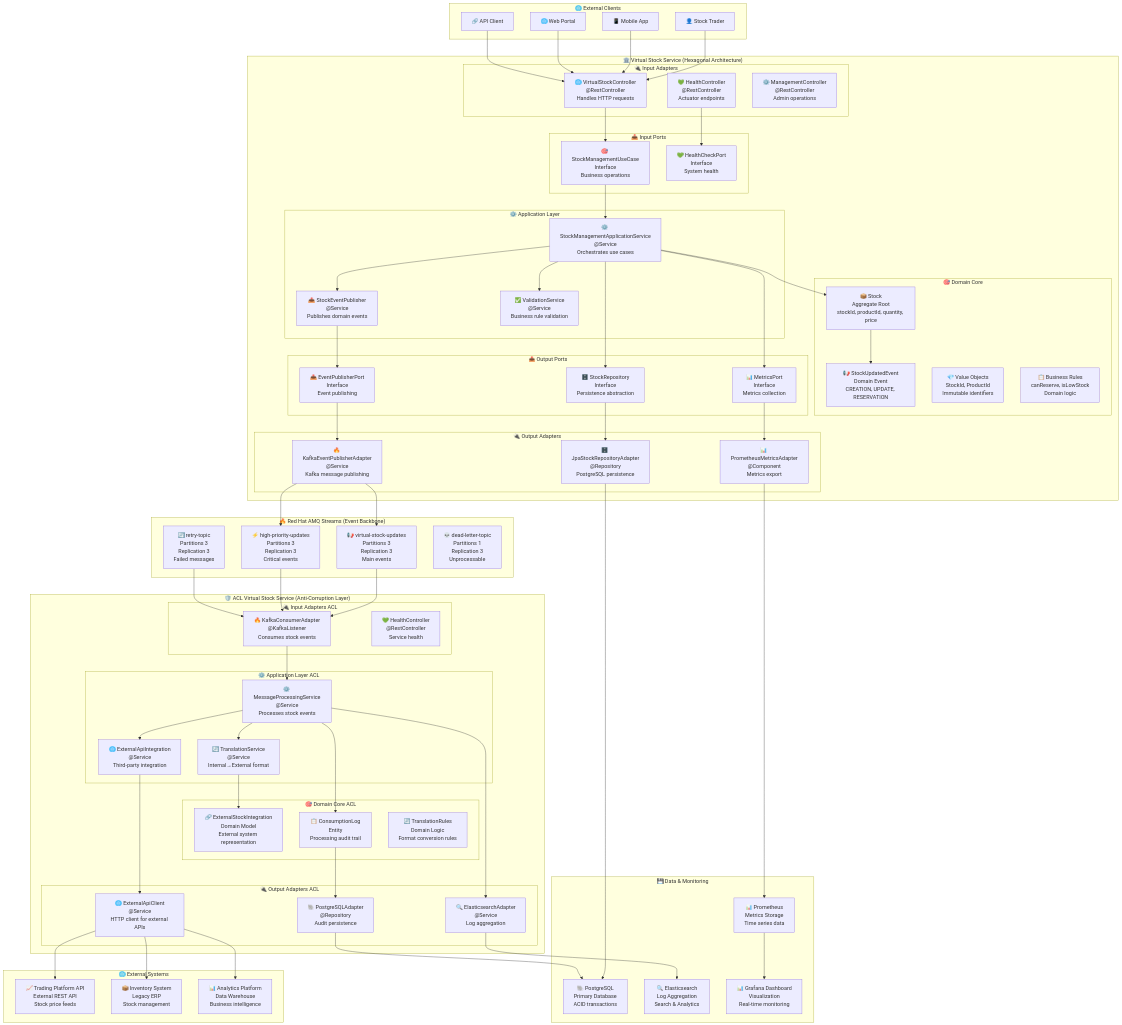
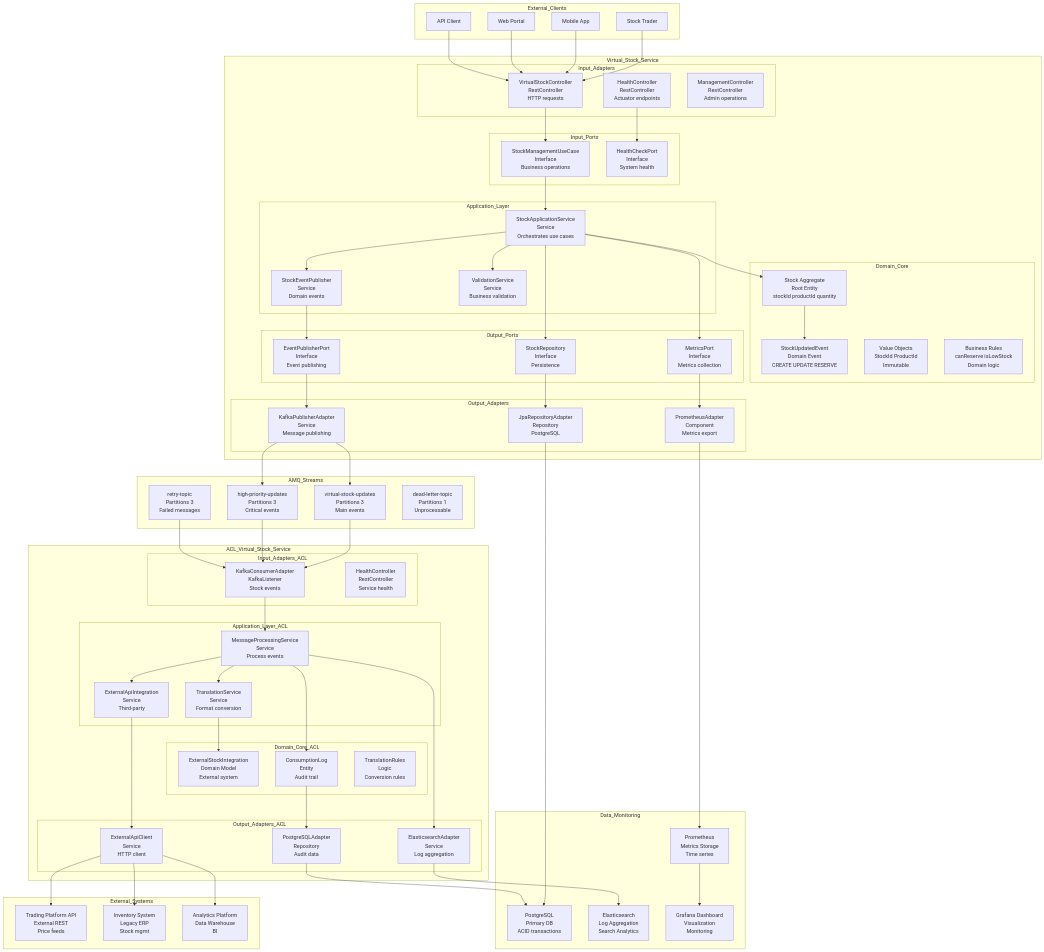
One commit to italo-costa/estudosKBNT_Kafka_Logs_V2_cleanCode changed the first of 8 diagrams in docs/DIAGRAMAS_ARQUITETURA_COMPLETOS.md. Above: the diagram before and after it, drawn with Mermaid. The commit also changed 4 other files, not shown here.

First line of the commit message:
Update Architecture Diagrams - GitHub Mermaid Compatibility

````diff
--- a/docs/DIAGRAMAS_ARQUITETURA_COMPLETOS.md
+++ b/docs/DIAGRAMAS_ARQUITETURA_COMPLETOS.md
@@ -21,102 +21,101 @@
 ```mermaid
 graph TB
-    subgraph "🌐 External Clients"
-        TRADER[👤 Stock Trader]
-        MOBILE[📱 Mobile App]
-        WEB[🌐 Web Portal]
-        API_CLIENT[🔗 API Client]
+    subgraph "External_Clients"
+        TRADER["Stock Trader"]
+        MOBILE["Mobile App"]
+        WEB["Web Portal"]
+        API_CLIENT["API Client"]
     end
     
-    subgraph "🏛️ Virtual Stock Service (Hexagonal Architecture)"
-        subgraph "🔌 Input Adapters"
-            REST_CTRL[🌐 VirtualStockController<br/>@RestController<br/>Handles HTTP requests]
-            HEALTH_CTRL[💚 HealthController<br/>@RestController<br/>Actuator endpoints]
-            MGMT_CTRL[⚙️ ManagementController<br/>@RestController<br/>Admin operations]
+    subgraph "Virtual_Stock_Service"
+        subgraph "Input_Adapters"
+            REST_CTRL["VirtualStockController<br/>RestController<br/>HTTP requests"]
+            HEALTH_CTRL["HealthController<br/>RestController<br/>Actuator endpoints"]
+            MGMT_CTRL["ManagementController<br/>RestController<br/>Admin operations"]
         end
         
-        subgraph "📥 Input Ports"
-            STOCK_UC[🎯 StockManagementUseCase<br/>Interface<br/>Business operations]
-            HEALTH_PORT[💚 HealthCheckPort<br/>Interface<br/>System health]
+        subgraph "Input_Ports"
+            STOCK_UC["StockManagementUseCase<br/>Interface<br/>Business operations"]
+            HEALTH_PORT["HealthCheckPort<br/>Interface<br/>System health"]
         end
         
-        subgraph "⚙️ Application Layer"
-            STOCK_APP[⚙️ StockManagementApplicationService<br/>@Service<br/>Orchestrates use cases]
-            EVENT_PUB[📤 StockEventPublisher<br/>@Service<br/>Publishes domain events]
-            VALIDATION[✅ ValidationService<br/>@Service<br/>Business rule validation]
+        subgraph "Application_Layer"
+            STOCK_APP["StockApplicationService<br/>Service<br/>Orchestrates use cases"]
+            EVENT_PUB["StockEventPublisher<br/>Service<br/>Domain events"]
+            VALIDATION["ValidationService<br/>Service<br/>Business validation"]
         end
         
-        subgraph "🎯 Domain Core"
-            STOCK_AGG[📦 Stock<br/>Aggregate Root<br/>stockId, productId, quantity, price]
-            STOCK_EVENT[📢 StockUpdatedEvent<br/>Domain Event<br/>CREATION, UPDATE, RESERVATION]
-            VALUE_OBJ[💎 Value Objects<br/>StockId, ProductId<br/>Immutable identifiers]
-            BIZ_RULES[📋 Business Rules<br/>canReserve, isLowStock<br/>Domain logic]
+        subgraph "Domain_Core"
+            STOCK_AGG["Stock Aggregate<br/>Root Entity<br/>stockId productId quantity"]
+            STOCK_EVENT["StockUpdatedEvent<br/>Domain Event<br/>CREATE UPDATE RESERVE"]
+            VALUE_OBJ["Value Objects<br/>StockId ProductId<br/>Immutable"]
+            BIZ_RULES["Business Rules<br/>canReserve isLowStock<br/>Domain logic"]
         end
         
-        subgraph "📤 Output Ports"
-            REPO_PORT[🗄️ StockRepository<br/>Interface<br/>Persistence abstraction]
-            EVENT_PORT[📤 EventPublisherPort<br/>Interface<br/>Event publishing]
-            METRICS_PORT[📊 MetricsPort<br/>Interface<br/>Metrics collection]
+        subgraph "Output_Ports"
+            REPO_PORT["StockRepository<br/>Interface<br/>Persistence"]
+            EVENT_PORT["EventPublisherPort<br/>Interface<br/>Event publishing"]
+            METRICS_PORT["MetricsPort<br/>Interface<br/>Metrics collection"]
         end
         
-        subgraph "🔌 Output Adapters"
-            JPA_REPO[🗄️ JpaStockRepositoryAdapter<br/>@Repository<br/>PostgreSQL persistence]
-            KAFKA_PUB[🔥 KafkaEventPublisherAdapter<br/>@Service<br/>Kafka message publishing]
-            PROMETHEUS[📊 PrometheusMetricsAdapter<br/>@Component<br/>Metrics export]
+        subgraph "Output_Adapters"
+            JPA_REPO["JpaRepositoryAdapter<br/>Repository<br/>PostgreSQL"]
+            KAFKA_PUB["KafkaPublisherAdapter<br/>Service<br/>Message publishing"]
+            PROMETHEUS["PrometheusAdapter<br/>Component<br/>Metrics export"]
         end
     end
     
-    subgraph "🔥 Red Hat AMQ Streams (Event Backbone)"
-        TOPIC_STOCK[📢 virtual-stock-updates<br/>Partitions 3<br/>Replication 3<br/>Main events]
-        TOPIC_HIGH[⚡ high-priority-updates<br/>Partitions 3<br/>Replication 3<br/>Critical events]
-        TOPIC_RETRY[🔄 retry-topic<br/>Partitions 3<br/>Replication 3<br/>Failed messages]
-        TOPIC_DLT[💀 dead-letter-topic<br/>Partitions 1<br/>Replication 3<br/>Unprocessable]
+    subgraph "AMQ_Streams"
+        TOPIC_STOCK["virtual-stock-updates<br/>Partitions 3<br/>Main events"]
+        TOPIC_HIGH["high-priority-updates<br/>Partitions 3<br/>Critical events"]
+        TOPIC_RETRY["retry-topic<br/>Partitions 3<br/>Failed messages"]
+        TOPIC_DLT["dead-letter-topic<br/>Partitions 1<br/>Unprocessable"]
     end
     
-    subgraph "🛡️ ACL Virtual Stock Service (Anti-Corruption Layer)"
-        subgraph "🔌 Input Adapters ACL"
-            KAFKA_CONS[🔥 KafkaConsumerAdapter<br/>@KafkaListener<br/>Consumes stock events]
-            HEALTH_ACL[💚 HealthController<br/>@RestController<br/>Service health]
+    subgraph "ACL_Virtual_Stock_Service"
+        subgraph "Input_Adapters_ACL"
+            KAFKA_CONS["KafkaConsumerAdapter<br/>KafkaListener<br/>Stock events"]
+            HEALTH_ACL["HealthController<br/>RestController<br/>Service health"]
         end
         
-        subgraph "⚙️ Application Layer ACL"
-            MSG_PROC[⚙️ MessageProcessingService<br/>@Service<br/>Processes stock events]
-            TRANS_SERVICE[🔄 TranslationService<br/>@Service<br/>Internal→External format]
-            API_INT[🌐 ExternalApiIntegration<br/>@Service<br/>Third-party integration]
+        subgraph "Application_Layer_ACL"
+            MSG_PROC["MessageProcessingService<br/>Service<br/>Process events"]
+            TRANS_SERVICE["TranslationService<br/>Service<br/>Format conversion"]
+            API_INT["ExternalApiIntegration<br/>Service<br/>Third-party"]
         end
         
-        subgraph "🎯 Domain Core ACL"
-            EXT_STOCK[🔗 ExternalStockIntegration<br/>Domain Model<br/>External system representation]
-            AUDIT_LOG[📋 ConsumptionLog<br/>Entity<br/>Processing audit trail]
-            TRANS_RULES[🔄 TranslationRules<br/>Domain Logic<br/>Format conversion rules]
+        subgraph "Domain_Core_ACL"
+            EXT_STOCK["ExternalStockIntegration<br/>Domain Model<br/>External system"]
+            AUDIT_LOG["ConsumptionLog<br/>Entity<br/>Audit trail"]
+            TRANS_RULES["TranslationRules<br/>Logic<br/>Conversion rules"]
         end
         
-        subgraph "🔌 Output Adapters ACL"
-            POSTGRES_ACL[🐘 PostgreSQLAdapter<br/>@Repository<br/>Audit persistence]
-            EXT_CLIENT[🌐 ExternalApiClient<br/>@Service<br/>HTTP client for external APIs]
-            ELASTIC_ACL[🔍 ElasticsearchAdapter<br/>@Service<br/>Log aggregation]
+        subgraph "Output_Adapters_ACL"
+            POSTGRES_ACL["PostgreSQLAdapter<br/>Repository<br/>Audit data"]
+            EXT_CLIENT["ExternalApiClient<br/>Service<br/>HTTP client"]
+            ELASTIC_ACL["ElasticsearchAdapter<br/>Service<br/>Log aggregation"]
         end
     end
     
-    subgraph "🌐 External Systems"
-        EXT_TRADING[📈 Trading Platform API<br/>External REST API<br/>Stock price feeds]
-        EXT_INVENTORY[📦 Inventory System<br/>Legacy ERP<br/>Stock management]
-        EXT_ANALYTICS[📊 Analytics Platform<br/>Data Warehouse<br/>Business intelligence]
+    subgraph "External_Systems"
+        EXT_TRADING["Trading Platform API<br/>External REST<br/>Price feeds"]
+        EXT_INVENTORY["Inventory System<br/>Legacy ERP<br/>Stock mgmt"]
+        EXT_ANALYTICS["Analytics Platform<br/>Data Warehouse<br/>BI"]
     end
     
-    subgraph "💾 Data & Monitoring"
-        POSTGRES_DB[🐘 PostgreSQL<br/>Primary Database<br/>ACID transactions]
-        ELASTIC_DB[🔍 Elasticsearch<br/>Log Aggregation<br/>Search & Analytics]
-        PROMETHEUS_DB[📊 Prometheus<br/>Metrics Storage<br/>Time series data]
-        GRAFANA[📊 Grafana Dashboard<br/>Visualization<br/>Real-time monitoring]
+    subgraph "Data_Monitoring"
+        POSTGRES_DB["PostgreSQL<br/>Primary DB<br/>ACID transactions"]
+        ELASTIC_DB["Elasticsearch<br/>Log Aggregation<br/>Search Analytics"]
+        PROMETHEUS_DB["Prometheus<br/>Metrics Storage<br/>Time series"]
+        GRAFANA["Grafana Dashboard<br/>Visualization<br/>Monitoring"]
     end
 
-    %% External to Virtual Stock Service
+    %% Flow connections
     TRADER --> REST_CTRL
     MOBILE --> REST_CTRL
     WEB --> REST_CTRL
     API_CLIENT --> REST_CTRL
     
-    %% Input flow within Virtual Stock Service
     REST_CTRL --> STOCK_UC
     HEALTH_CTRL --> HEALTH_PORT
     STOCK_UC --> STOCK_APP
@@ -125,7 +124,6 @@
     STOCK_AGG --> STOCK_EVENT
     STOCK_APP --> EVENT_PUB
     
-    %% Output flow within Virtual Stock Service
     EVENT_PUB --> EVENT_PORT
     STOCK_APP --> REPO_PORT
     EVENT_PORT --> KAFKA_PUB
@@ -133,31 +131,26 @@
     STOCK_APP --> METRICS_PORT
     METRICS_PORT --> PROMETHEUS
     
-    %% Kafka message flow
     KAFKA_PUB --> TOPIC_STOCK
     KAFKA_PUB --> TOPIC_HIGH
     TOPIC_STOCK --> KAFKA_CONS
     TOPIC_HIGH --> KAFKA_CONS
     TOPIC_RETRY --> KAFKA_CONS
     
-    %% ACL processing flow
     KAFKA_CONS --> MSG_PROC
     MSG_PROC --> TRANS_SERVICE
     TRANS_SERVICE --> EXT_STOCK
     MSG_PROC --> API_INT
     MSG_PROC --> AUDIT_LOG
     
-    %% ACL output flow
     API_INT --> EXT_CLIENT
     AUDIT_LOG --> POSTGRES_ACL
     MSG_PROC --> ELASTIC_ACL
     
-    %% External integrations
     EXT_CLIENT --> EXT_TRADING
     EXT_CLIENT --> EXT_INVENTORY
     EXT_CLIENT --> EXT_ANALYTICS
     
-    %% Data persistence
     JPA_REPO --> POSTGRES_DB
     POSTGRES_ACL --> POSTGRES_DB
     ELASTIC_ACL --> ELASTIC_DB
````
